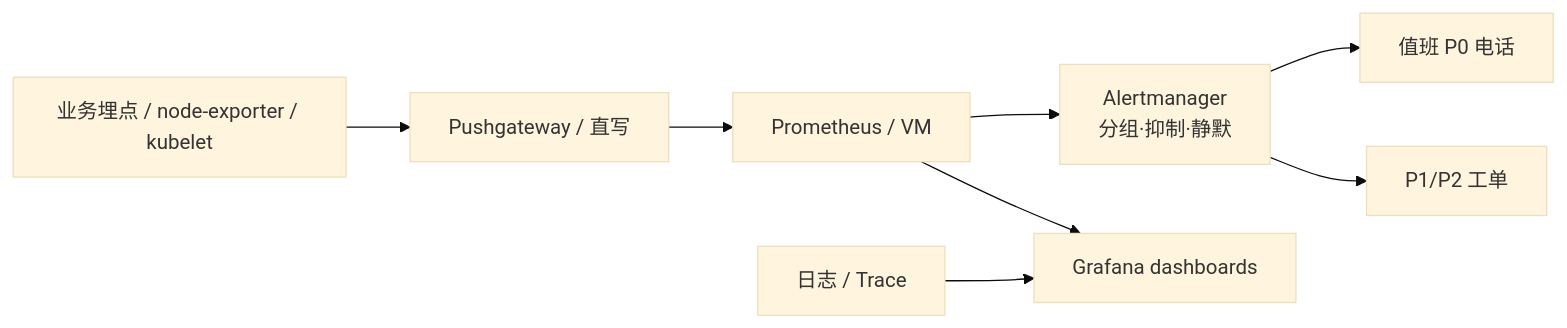
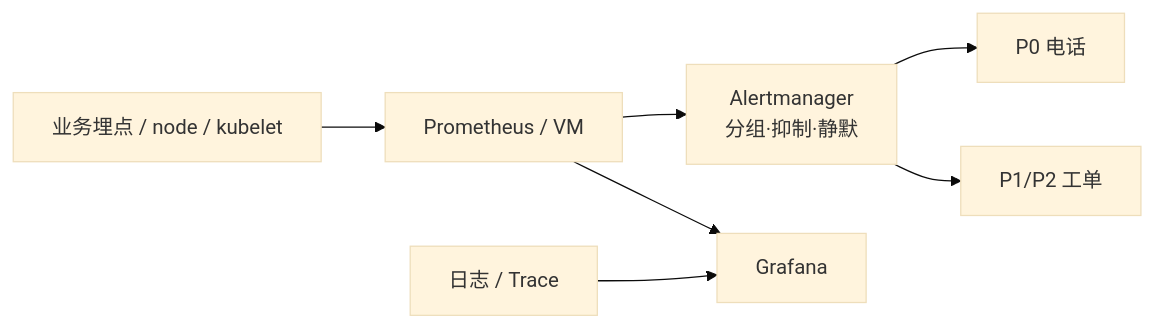
Before and after one commit to ml-cuizijun/LearnToLilith: the third of 7 diagrams in 10-面试综合与系统设计/03-游戏SRE系统设计实战/知识点.md, drawn with Mermaid (base theme). The commit also changed other lines of this file and 178 other files, not shown here.

````diff
--- a/10-面试综合与系统设计/03-游戏SRE系统设计实战/知识点.md
+++ b/10-面试综合与系统设计/03-游戏SRE系统设计实战/知识点.md
@@ -184,10 +157,9 @@
 ```mermaid
 flowchart LR
-    AGENT["业务埋点 / node-exporter / kubelet"] --> PUSH["Pushgateway / 直写"]
-    PUSH --> TSDB["Prometheus / VM"]
-    TSDB --> ALERT["Alertmanager<br/>分组·抑制·静默"]
-    ALERT --> PAGE["值班 P0 电话"]
-    ALERT --> TICKET["P1/P2 工单"]
-    TSDB --> DASH["Grafana  dashboards"]
+    AGENT["业务埋点 / node / kubelet"] --> TSDB["Prometheus / VM"]
+    TSDB --> AM["Alertmanager<br/>分组·抑制·静默"]
+    AM --> P0["P0 电话"]
+    AM --> P12["P1/P2 工单"]
+    TSDB --> DASH["Grafana"]
     LOGS["日志 / Trace"] --> DASH
 ```
````
